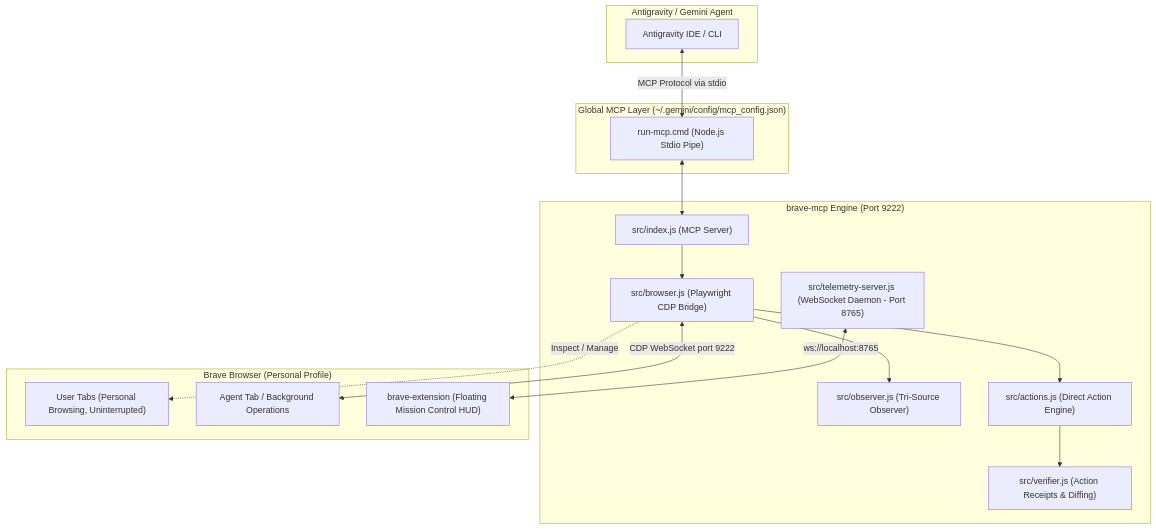
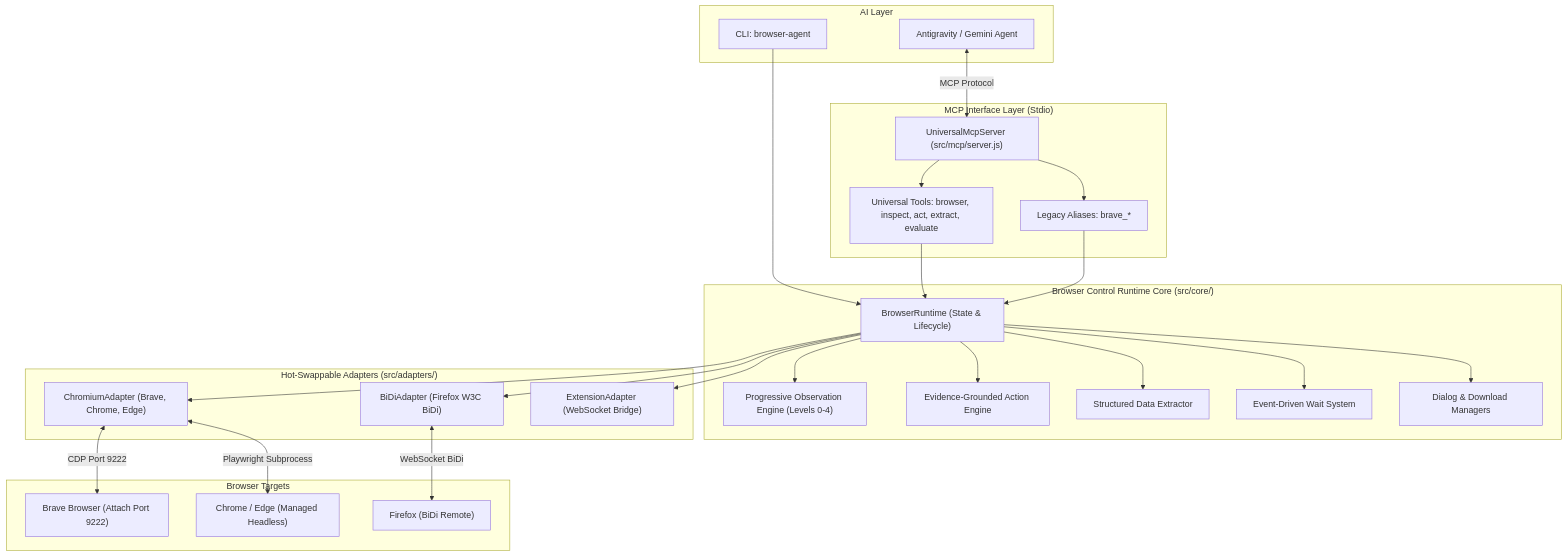
One commit to Godwynski/Browser-activity changed the diagram in README.md. Above: the diagram before and after it, drawn with Mermaid. The commit also changed other lines of this file and 2 other files, not shown here.

````diff
--- a/README.md
+++ b/README.md
@@ -24,35 +26,52 @@
 ```mermaid
 graph TD
-    subgraph AI["Antigravity / Gemini Agent"]
-        AGY["Antigravity IDE / CLI"]
+    subgraph AI["AI Layer"]
+        AGY["Antigravity / Gemini Agent"]
+        CLI["CLI: browser-agent"]
     end
 
-    subgraph Config["Global MCP Layer (~/.gemini/config/mcp_config.json)"]
-        CMD["run-mcp.cmd (Node.js Stdio Pipe)"]
+    subgraph MCP["MCP Interface Layer (Stdio)"]
+        SERVER["UniversalMcpServer (src/mcp/server.js)"]
+        LEGACY["Legacy Aliases: brave_*"]
+        CORE_TOOLS["Universal Tools: browser, inspect, act, extract, evaluate"]
     end
 
-    subgraph Bridge["brave-mcp Engine (Port 9222)"]
-        INDEX["src/index.js (MCP Server)"]
-        BROWSER["src/browser.js (Playwright CDP Bridge)"]
-        OBS["src/observer.js (Tri-Source Observer)"]
-        ACT["src/actions.js (Direct Action Engine)"]
-        VER["src/verifier.js (Action Receipts & Diffing)"]
-        TEL["src/telemetry-server.js (WebSocket Daemon - Port 8765)"]
+    subgraph Engine["Browser Control Runtime Core (src/core/)"]
+        RUNTIME["BrowserRuntime (State & Lifecycle)"]
+        OBS["Progressive Observation Engine (Levels 0-4)"]
+        ACT["Evidence-Grounded Action Engine"]
+        EXTRACT["Structured Data Extractor"]
+        WAIT["Event-Driven Wait System"]
+        DIALOG["Dialog & Download Managers"]
     end
 
-    subgraph Brave["Brave Browser (Personal Profile)"]
-        UW["User Tabs (Personal Browsing, Uninterrupted)"]
-        AW["Agent Tab / Background Operations"]
-        EXT["brave-extension (Floating Mission Control HUD)"]
+    subgraph Adapters["Hot-Swappable Adapters (src/adapters/)"]
+        CHROMIUM["ChromiumAdapter (Brave, Chrome, Edge)"]
+        BIDI["BiDiAdapter (Firefox W3C BiDi)"]
+        EXT_ADAPT["ExtensionAdapter (WebSocket Bridge)"]
     end
 
-    AGY <-->|MCP Protocol via stdio| CMD
-    CMD <--> INDEX
-    INDEX --> BROWSER
-    BROWSER <-->|CDP WebSocket port 9222| AW
-    BROWSER -.->|Inspect / Manage| UW
-    BROWSER --> OBS
-    BROWSER --> ACT
-    ACT --> VER
-    TEL <-- "ws://localhost:8765" --> EXT
+    subgraph Browsers["Browser Targets"]
+        BRAVE["Brave Browser (Attach Port 9222)"]
+        MANAGED["Chrome / Edge (Managed Headless)"]
+        FIREFOX["Firefox (BiDi Remote)"]
+    end
+
+    AGY <-->|MCP Protocol| SERVER
+    CLI --> RUNTIME
+    SERVER --> CORE_TOOLS
+    SERVER --> LEGACY
+    CORE_TOOLS --> RUNTIME
+    LEGACY --> RUNTIME
+    RUNTIME --> OBS
+    RUNTIME --> ACT
+    RUNTIME --> EXTRACT
+    RUNTIME --> WAIT
+    RUNTIME --> DIALOG
+    RUNTIME --> CHROMIUM
+    RUNTIME --> BIDI
+    RUNTIME --> EXT_ADAPT
+    CHROMIUM <-->|CDP Port 9222| BRAVE
+    CHROMIUM <-->|Playwright Subprocess| MANAGED
+    BIDI <-->|WebSocket BiDi| FIREFOX
 ```
````
